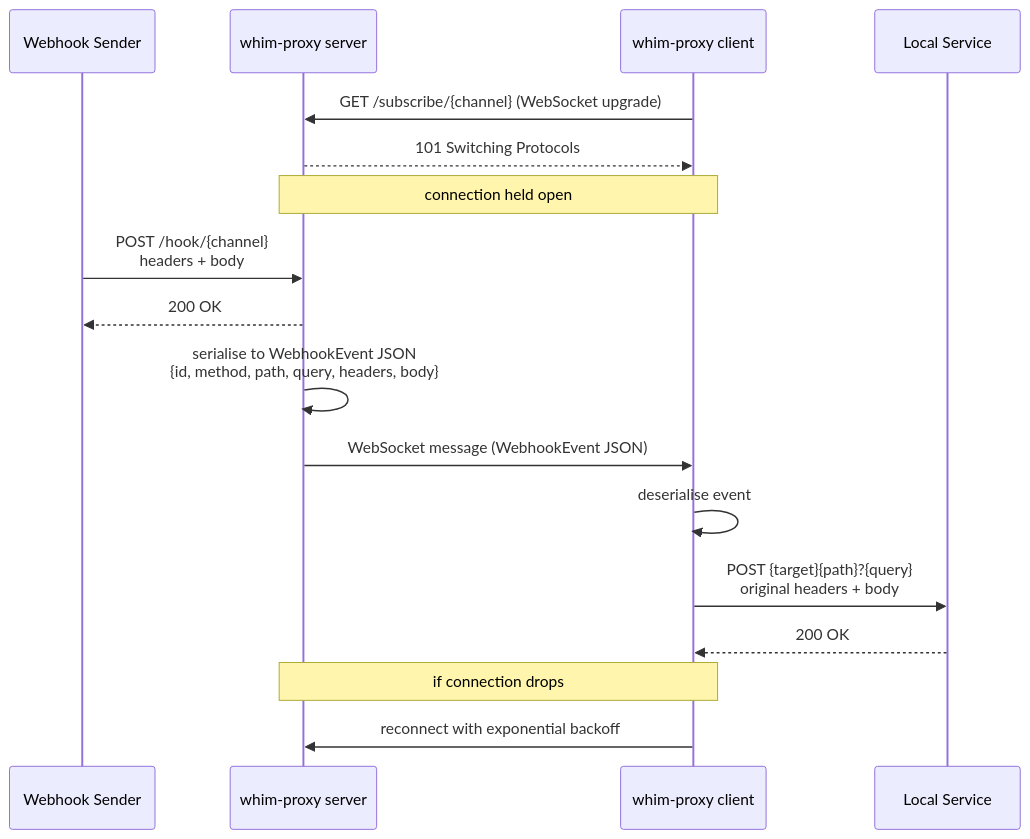
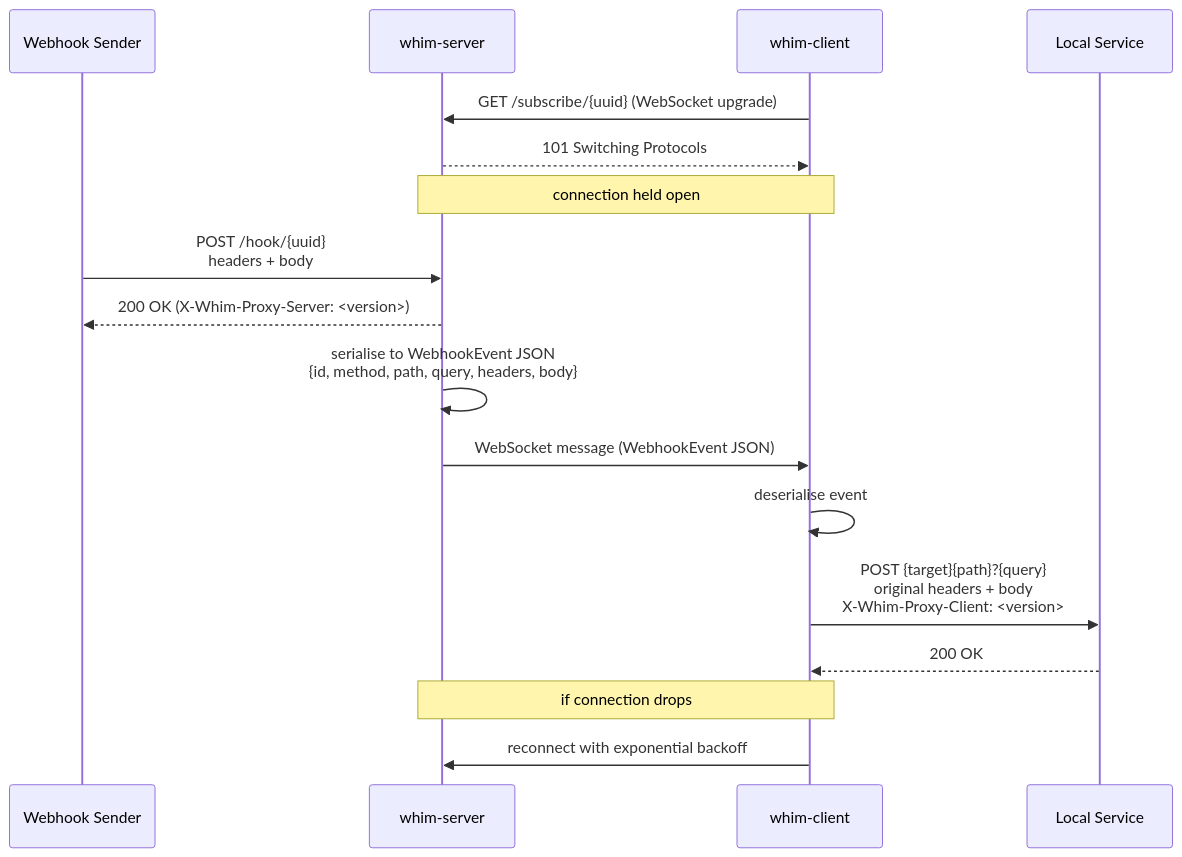
The second of 2 diagrams in README.md (kakwa/whim-proxy), drawn with Mermaid before and after one commit. The commit also changed other lines of this file and 2 other files, not shown here.

Commit message:
Update README: improve intro, document UUID channels, logging flags, version headers

````diff
--- a/README.md
+++ b/README.md
@@ -83,25 +116,25 @@
 ```mermaid
 sequenceDiagram
     participant Sender as Webhook Sender
-    participant Server as whim-proxy server
-    participant Client as whim-proxy client
+    participant Server as whim-server
+    participant Client as whim-client
     participant Local as Local Service
 
-    Client->>Server: GET /subscribe/{channel} (WebSocket upgrade)
+    Client->>Server: GET /subscribe/{uuid} (WebSocket upgrade)
     Server-->>Client: 101 Switching Protocols
 
     Note over Client,Server: connection held open
 
-    Sender->>Server: POST /hook/{channel}<br/>headers + body
-    Server-->>Sender: 200 OK
+    Sender->>Server: POST /hook/{uuid}<br/>headers + body
+    Server-->>Sender: 200 OK  (X-Whim-Proxy-Server: <version>)
 
     Server->>Server: serialise to WebhookEvent JSON<br/>{id, method, path, query, headers, body}
     Server->>Client: WebSocket message (WebhookEvent JSON)
 
     Client->>Client: deserialise event
-    Client->>Local: POST {target}{path}?{query}<br/>original headers + body
+    Client->>Local: POST {target}{path}?{query}<br/>original headers + body<br/>X-Whim-Proxy-Client: <version>
     Local-->>Client: 200 OK
 
     Note over Client,Server: if connection drops
     Client->>Server: reconnect with exponential backoff
 ```
````
